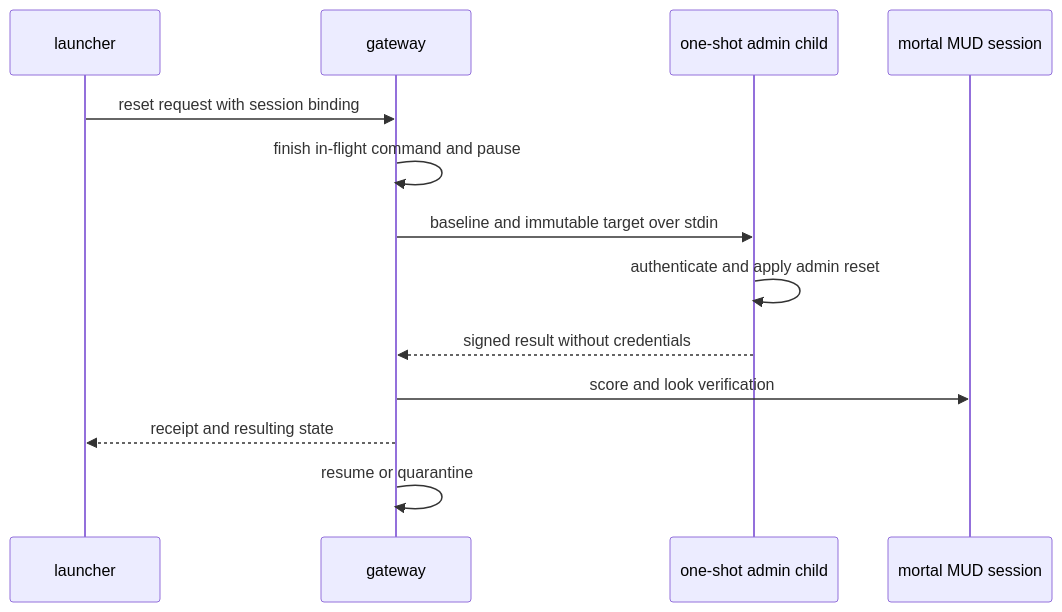
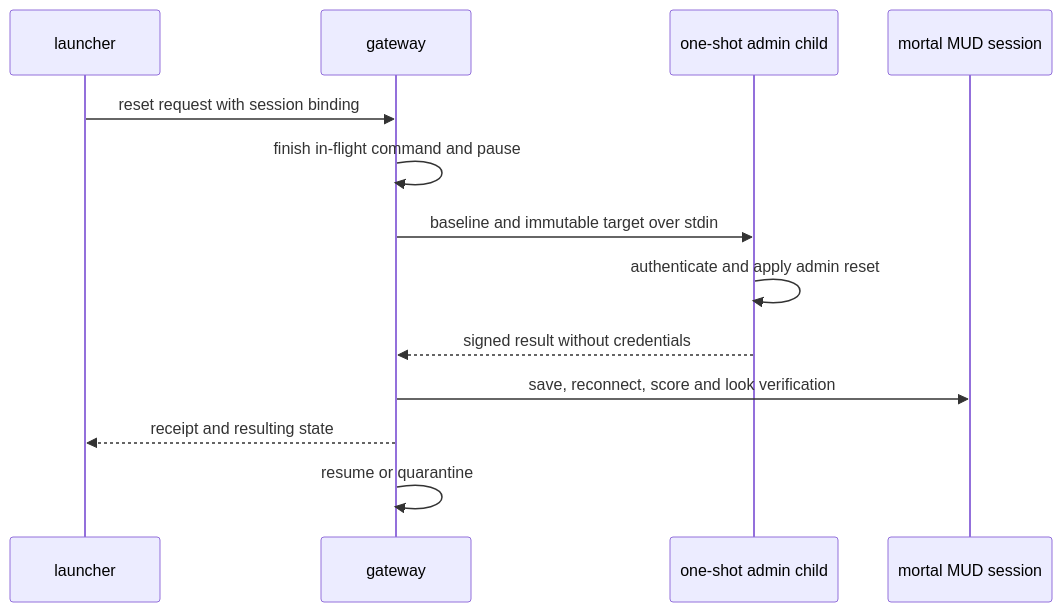
Before and after one commit to IbnouT/claude-code-camp-2026-Q2: the third of 3 diagrams in docs/plans/week2_observ/multiplayer.md, drawn with Mermaid. The commit also changed other lines of this file and 36 other files, not shown here.

````diff
--- a/docs/plans/week2_observ/multiplayer.md
+++ b/docs/plans/week2_observ/multiplayer.md
@@ -223,16 +231,16 @@
 ```mermaid
 sequenceDiagram
     participant C as launcher
     participant G as gateway
     participant A as one-shot admin child
     participant M as mortal MUD session
 
     C->>G: reset request with session binding
     G->>G: finish in-flight command and pause
     G->>A: baseline and immutable target over stdin
     A->>A: authenticate and apply admin reset
     A-->>G: signed result without credentials
-    G->>M: score and look verification
+    G->>M: save, reconnect, score and look verification
     G-->>C: receipt and resulting state
     G->>G: resume or quarantine
 ```
````
